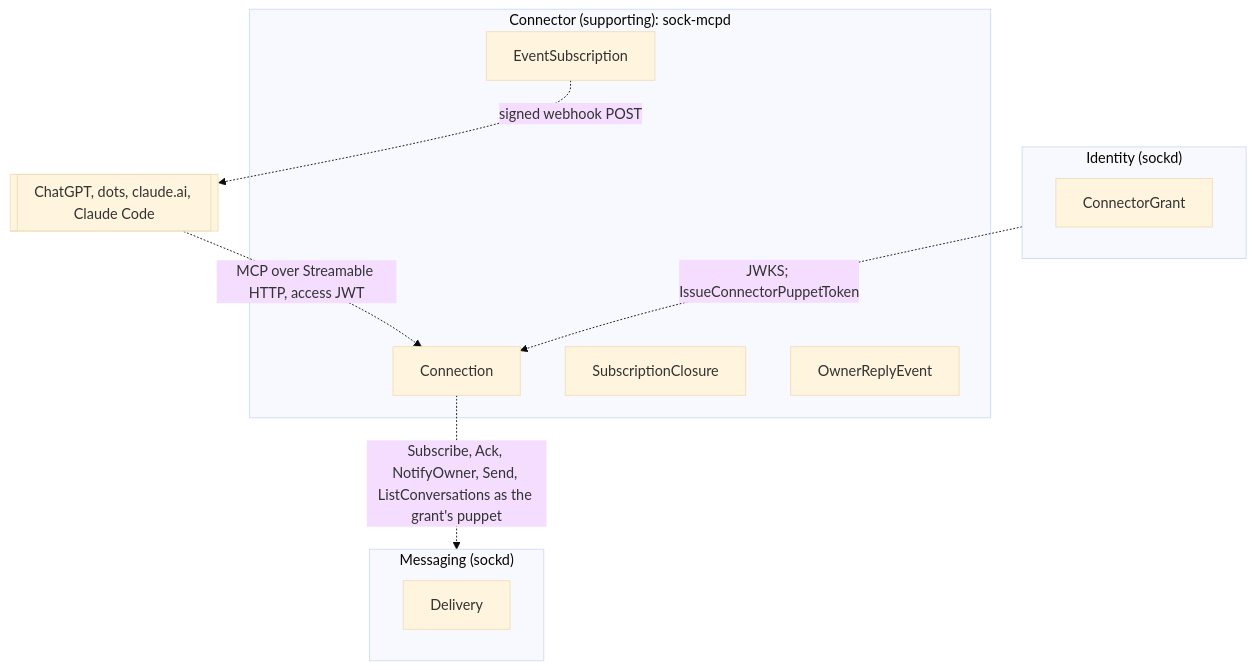
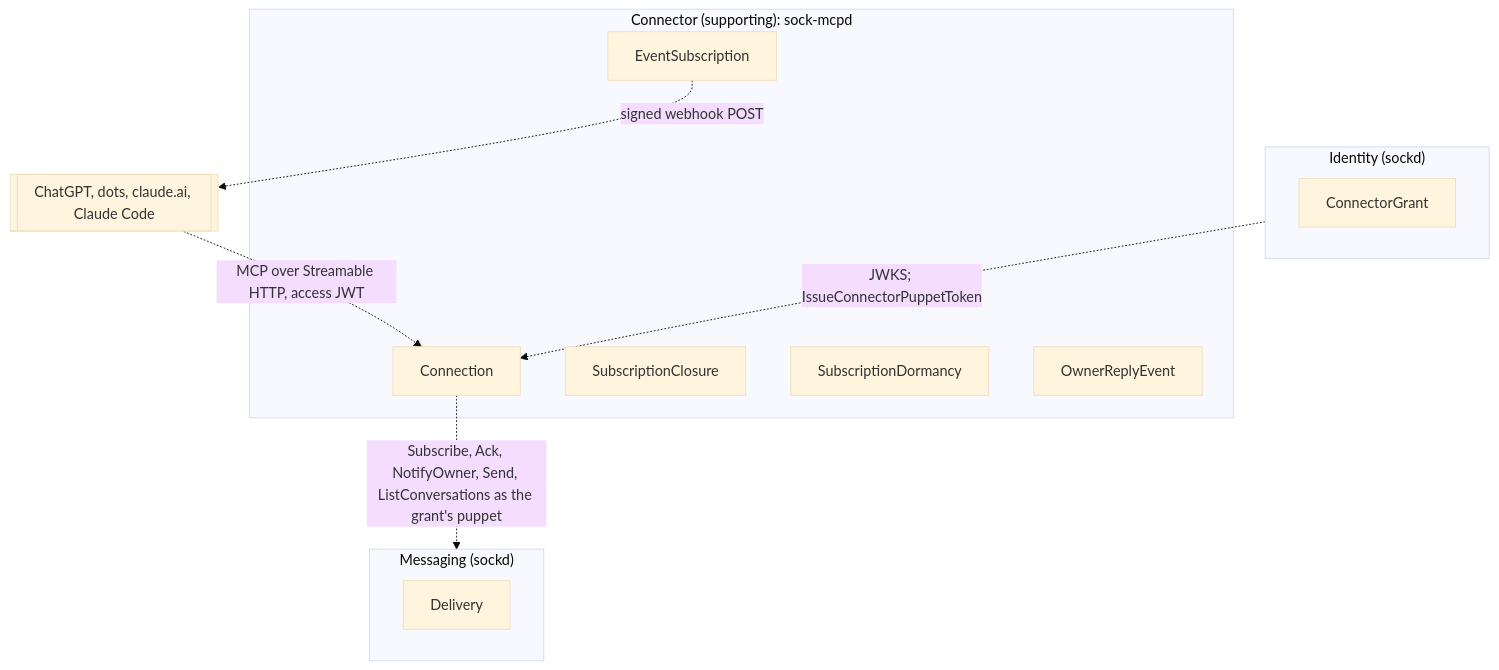
The first of 3 diagrams in docs/specs/connector.md (Aeryx-ai/sock-integrations), drawn with Mermaid (base theme) before and after one commit. The commit also changed other lines of this file, not shown here.

````diff
--- a/docs/specs/connector.md
+++ b/docs/specs/connector.md
@@ -9,16 +9,16 @@
 ```mermaid
 flowchart TB
     subgraph CN["Connector (supporting): sock-mcpd"]
-        Connection; EventSubscription; SubscriptionClosure; OwnerReplyEvent
+        Connection; EventSubscription; SubscriptionClosure; SubscriptionDormancy; OwnerReplyEvent
     end
     subgraph ID["Identity (sockd)"]
         ConnectorGrant
     end
     subgraph MS["Messaging (sockd)"]
         Delivery
     end
     PLAT[["ChatGPT, dots, claude.ai, Claude Code"]] -. "MCP over Streamable HTTP, access JWT" .-> Connection
     ID -. "JWKS; IssueConnectorPuppetToken" .-> Connection
     Connection -. "Subscribe, Ack, NotifyOwner, Send, ListConversations as the grant's puppet" .-> MS
     EventSubscription -. "signed webhook POST" .-> PLAT
 ```
````
